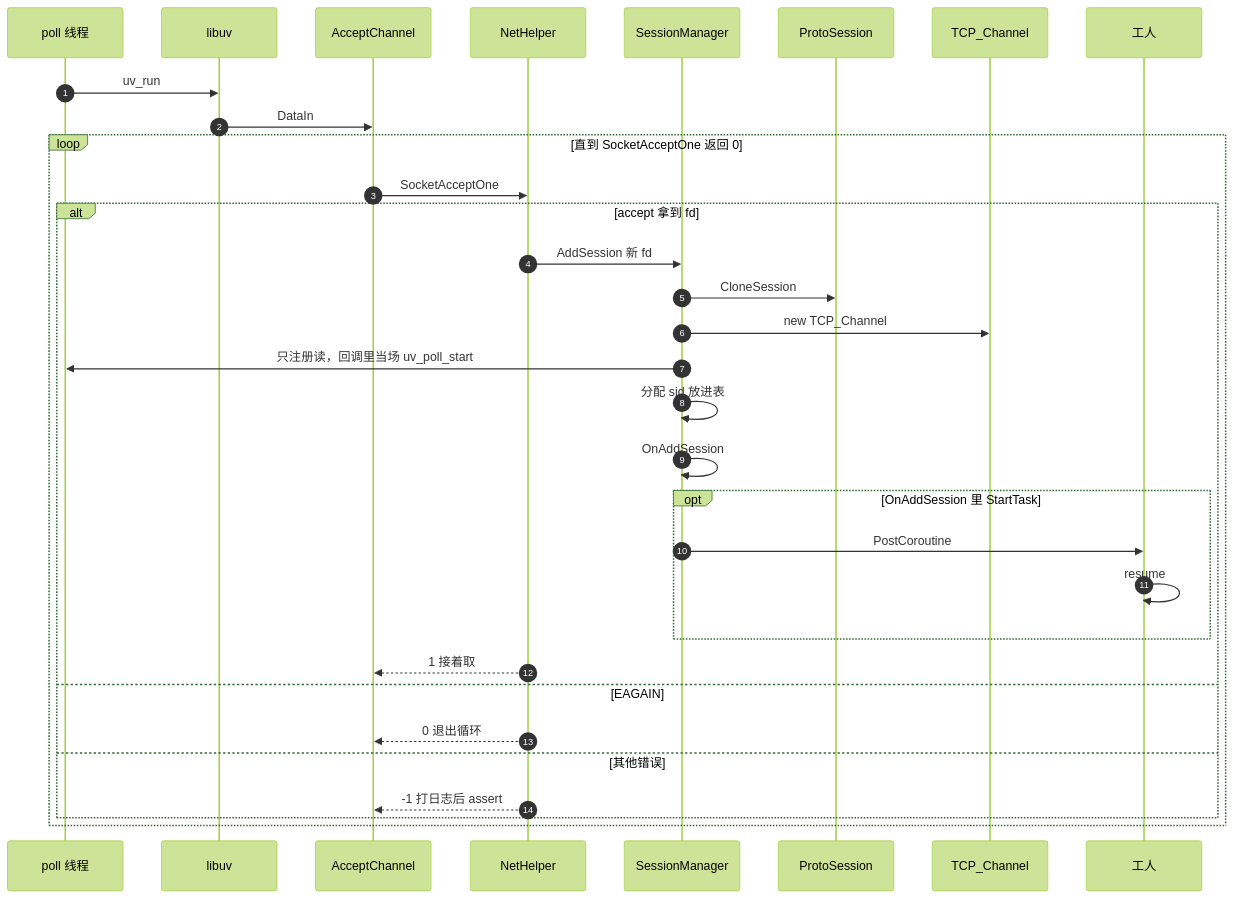
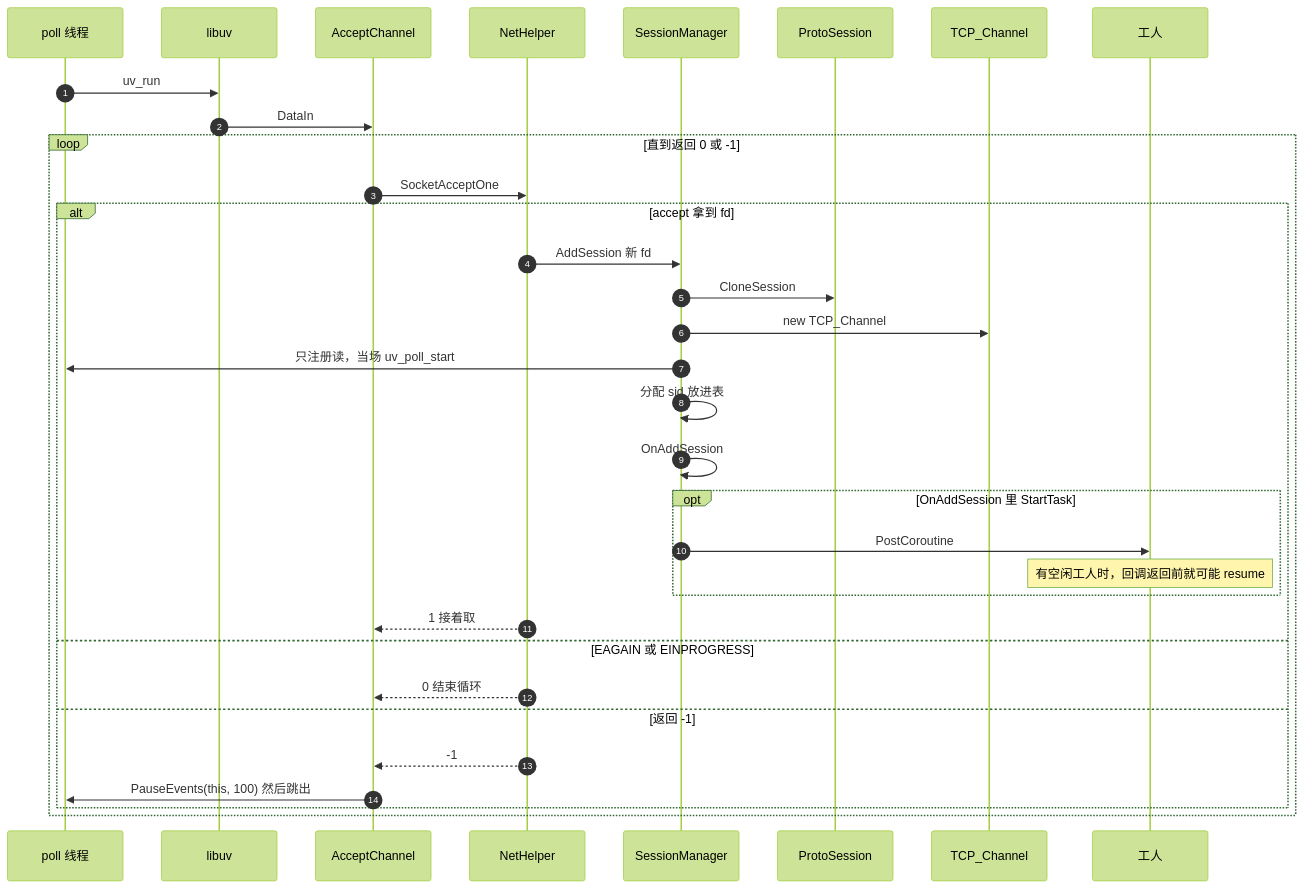
The diagram in docs/sequence-diagram/multi-thread/accept.md (orikiaru/openidea), drawn with Mermaid (forest theme) before and after one commit. The commit also changed other lines of this file and 39 other files, not shown here.

Commit message:
非正 RPC 超时打错误日志后按 30 秒等待，避免调用一直挂着。时序图按当前收发和新增路径重写，并记下 11 月 22 日的全量结果。

````diff
--- a/docs/sequence-diagram/multi-thread/accept.md
+++ b/docs/sequence-diagram/multi-thread/accept.md
@@ -5,35 +9,36 @@
 ```mermaid
 sequenceDiagram
     autonumber
     participant Poll as poll 线程
     participant Uv as libuv
     participant Acc as AcceptChannel
     participant Help as NetHelper
     participant Mgr as SessionManager
     participant Sess as ProtoSession
     participant Tcp as TCP_Channel
     participant Worker as 工人
 
     Poll->>Uv: uv_run
     Uv->>Acc: DataIn
-    loop 直到 SocketAcceptOne 返回 0
+    loop 直到返回 0 或 -1
         Acc->>Help: SocketAcceptOne
         alt accept 拿到 fd
             Help->>Mgr: AddSession 新 fd
             Mgr->>Sess: CloneSession
             Mgr->>Tcp: new TCP_Channel
-            Mgr->>Poll: 只注册读，回调里当场 uv_poll_start
+            Mgr->>Poll: 只注册读，当场 uv_poll_start
             Mgr->>Mgr: 分配 sid 放进表
             Mgr->>Mgr: OnAddSession
             opt OnAddSession 里 StartTask
                 Mgr->>Worker: PostCoroutine
-                Worker->>Worker: resume
+                Note over Worker: 有空闲工人时，回调返回前就可能 resume
             end
             Help-->>Acc: 1 接着取
-        else EAGAIN
-            Help-->>Acc: 0 退出循环
-        else 其他错误
-            Help-->>Acc: -1 打日志后 assert
+        else EAGAIN 或 EINPROGRESS
+            Help-->>Acc: 0 结束循环
+        else 返回 -1
+            Help-->>Acc: -1
+            Acc->>Poll: PauseEvents(this, 100) 然后跳出
         end
     end
 ```
````
